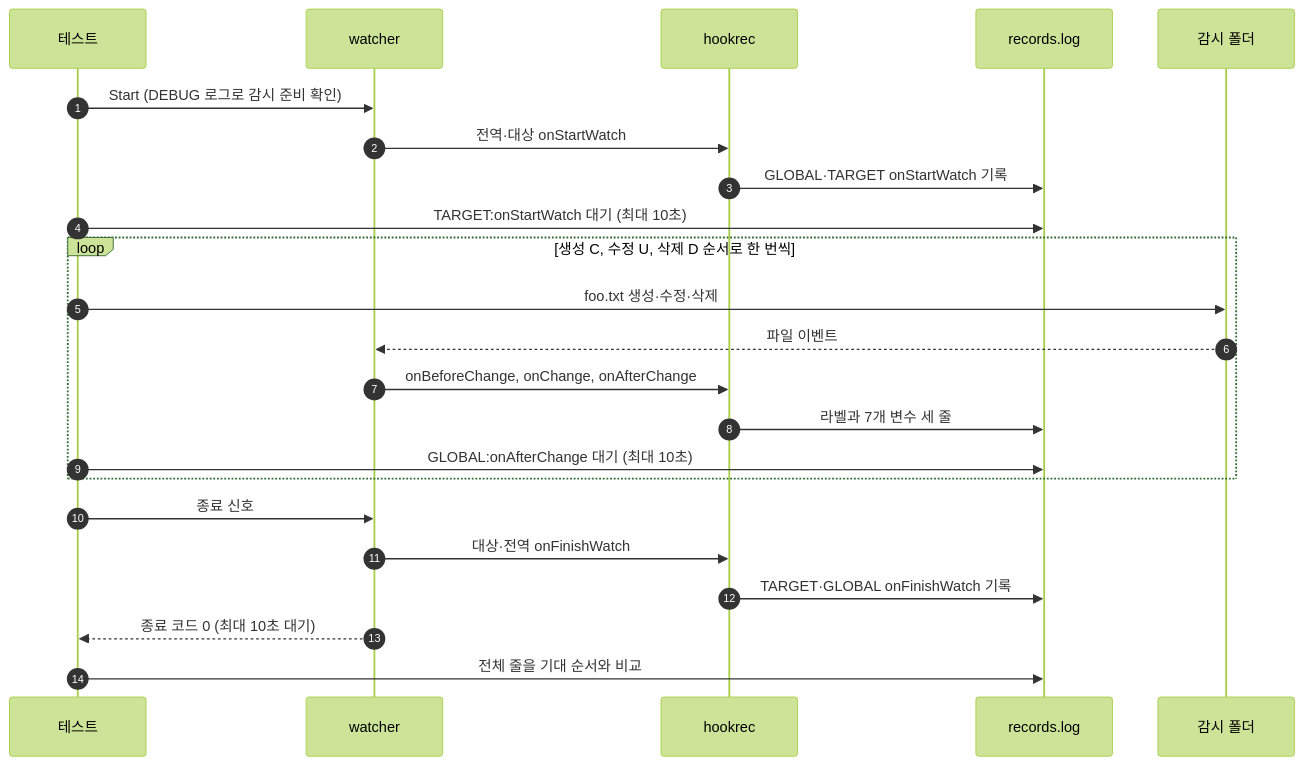
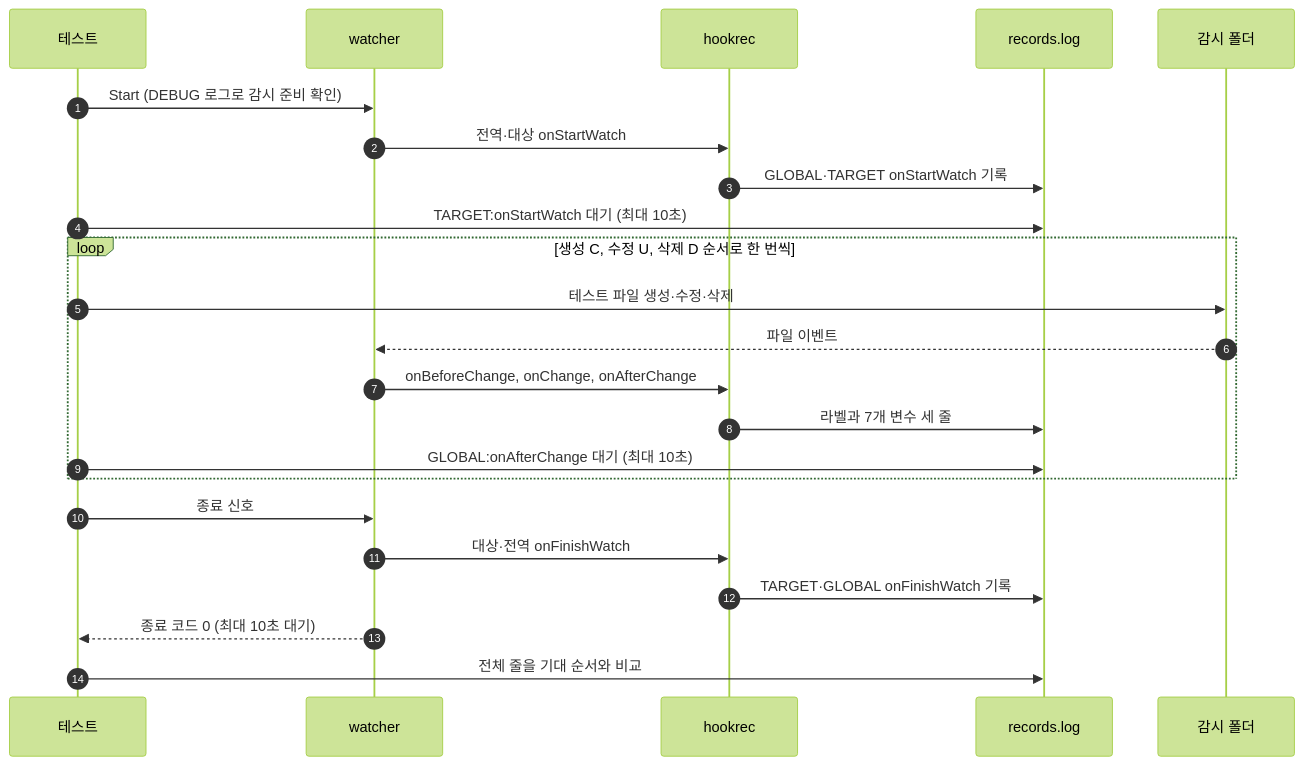
The diagram in e2e/docs/scenarios/golden-path.ko.md (seungyeop-lee/directory-watcher), drawn with Mermaid (forest theme) before and after one commit. The commit also changed other lines of this file and 31 other files, not shown here.

````diff
--- a/e2e/docs/scenarios/golden-path.ko.md
+++ b/e2e/docs/scenarios/golden-path.ko.md
@@ -29,25 +31,25 @@
 ```mermaid
 sequenceDiagram
     autonumber
     participant testCode as 테스트
     participant watcherProc as watcher
     participant hookRec as hookrec
     participant recordFile as records.log
     participant watchDir as 감시 폴더
     testCode->>watcherProc: Start (DEBUG 로그로 감시 준비 확인)
     watcherProc->>hookRec: 전역·대상 onStartWatch
     hookRec->>recordFile: GLOBAL·TARGET onStartWatch 기록
     testCode->>recordFile: TARGET:onStartWatch 대기 (최대 10초)
     loop 생성 C, 수정 U, 삭제 D 순서로 한 번씩
-        testCode->>watchDir: foo.txt 생성·수정·삭제
+        testCode->>watchDir: 테스트 파일 생성·수정·삭제
         watchDir-->>watcherProc: 파일 이벤트
         watcherProc->>hookRec: onBeforeChange, onChange, onAfterChange
         hookRec->>recordFile: 라벨과 7개 변수 세 줄
         testCode->>recordFile: GLOBAL:onAfterChange 대기 (최대 10초)
     end
     testCode->>watcherProc: 종료 신호
     watcherProc->>hookRec: 대상·전역 onFinishWatch
     hookRec->>recordFile: TARGET·GLOBAL onFinishWatch 기록
     watcherProc-->>testCode: 종료 코드 0 (최대 10초 대기)
     testCode->>recordFile: 전체 줄을 기대 순서와 비교
 ```
````
